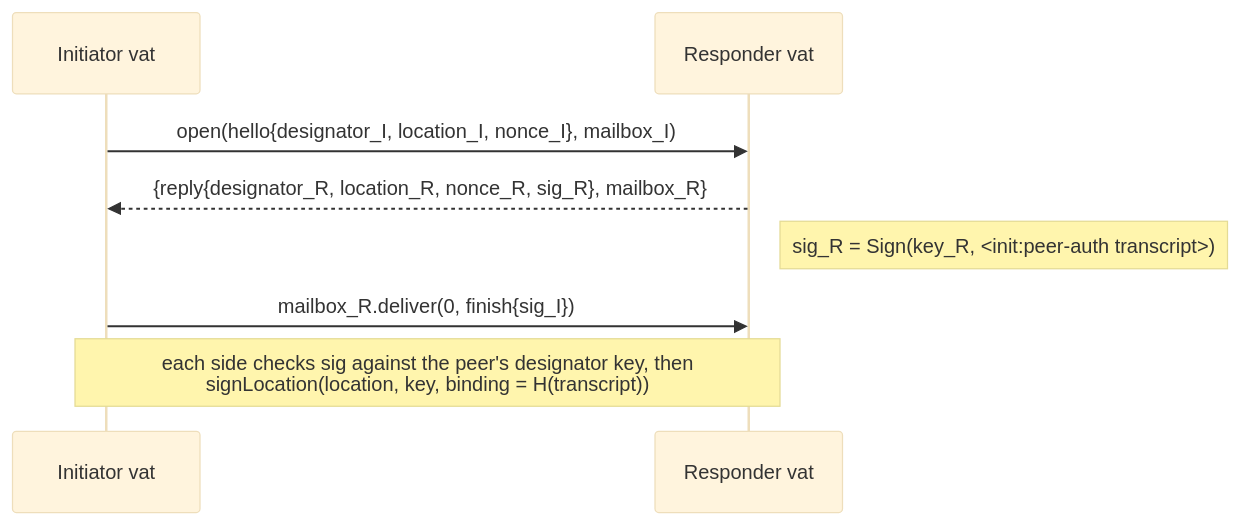
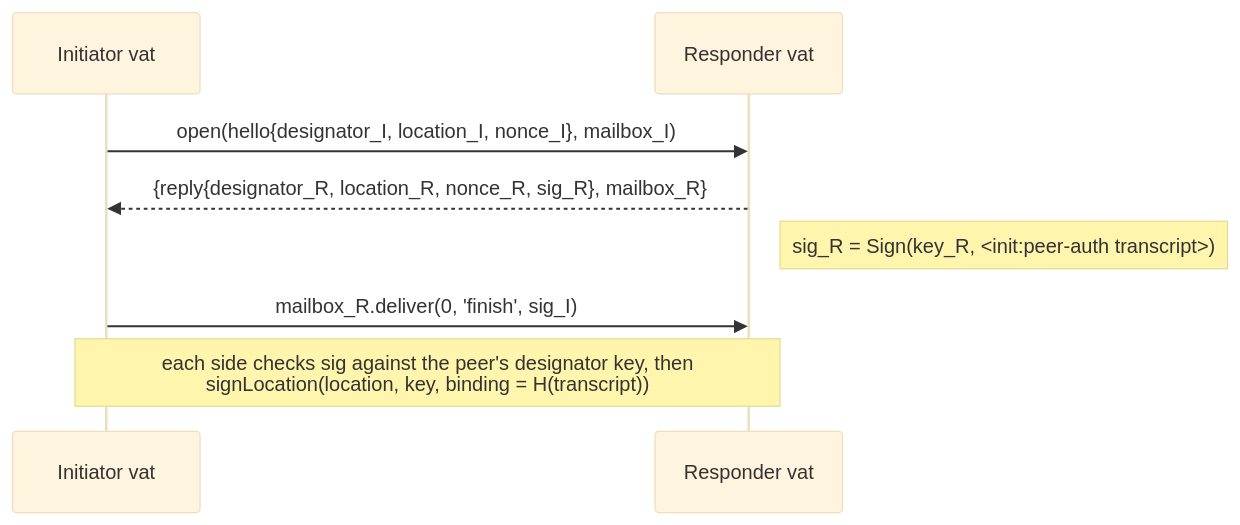
One commit to endojs/endo-but-for-bots changed the second of 3 diagrams in designs/ocapn-cloudflare-netlayer.md. Above: the diagram before and after it, drawn with Mermaid (base theme). The commit also changed other lines of this file, not shown here.

````diff
--- a/designs/ocapn-cloudflare-netlayer.md
+++ b/designs/ocapn-cloudflare-netlayer.md
@@ -223,10 +284,10 @@
 ```mermaid
 sequenceDiagram
     participant I as Initiator vat
     participant R as Responder vat
     I->>R: open(hello{designator_I, location_I, nonce_I}, mailbox_I)
     R-->>I: {reply{designator_R, location_R, nonce_R, sig_R}, mailbox_R}
     Note right of R: sig_R = Sign(key_R, <init:peer-auth transcript>)
-    I->>R: mailbox_R.deliver(0, finish{sig_I})
+    I->>R: mailbox_R.deliver(0, 'finish', sig_I)
     Note over I,R: each side checks sig against the peer's designator key, then<br/>signLocation(location, key, binding = H(transcript))
 ```
````
